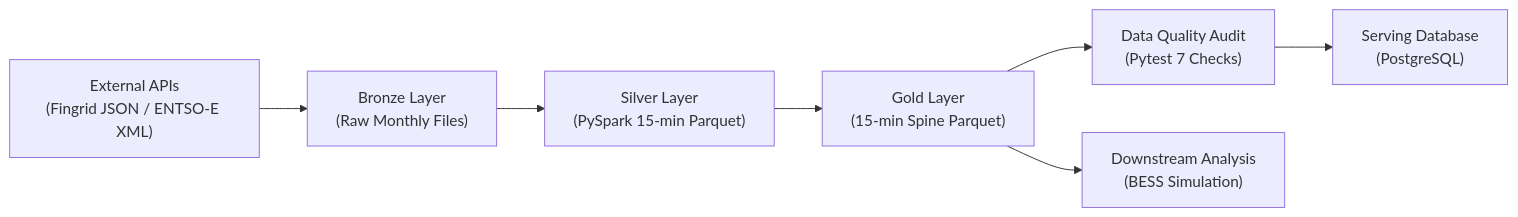
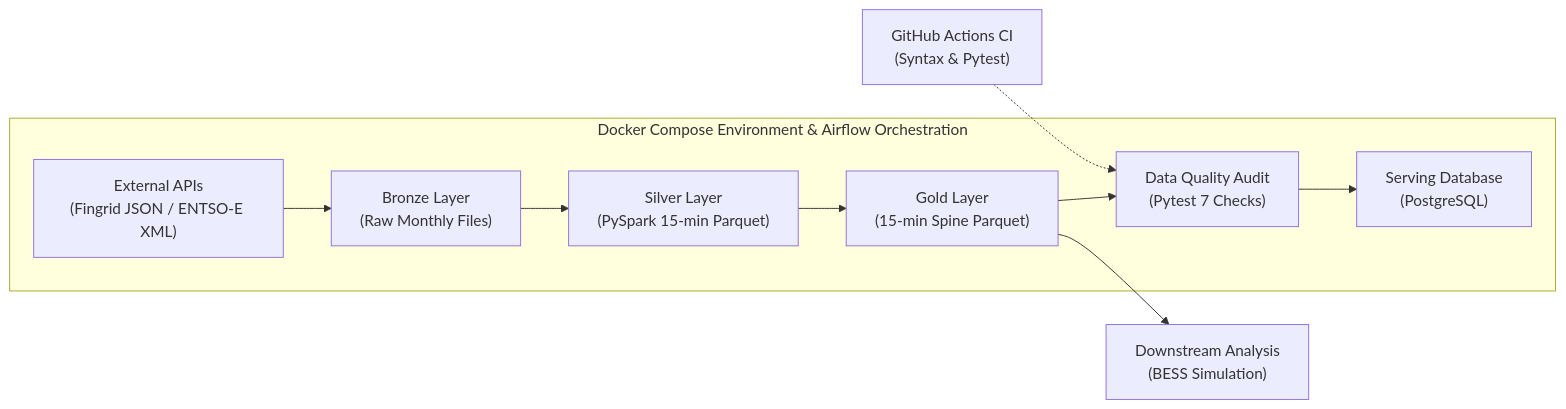
Before and after one commit to dovebitekr/nordic-power-lakehouse: the diagram in README.md, drawn with Mermaid. The commit also changed other lines of this file, not shown here.

Commit message:
add docker and airflow to architecture section in readme

````diff
--- a/README.md
+++ b/README.md
@@ -11,9 +11,12 @@
 ```mermaid
 flowchart LR
-    A["External APIs\n(Fingrid JSON / ENTSO-E XML)"] --> B["Bronze Layer\n(Raw Monthly Files)"]
-    B --> C["Silver Layer\n(PySpark 15-min Parquet)"]
-    C --> D["Gold Layer\n(15-min Spine Parquet)"]
-    D --> E["Data Quality Audit\n(Pytest 7 Checks)"]
-    E --> F["Serving Database\n(PostgreSQL)"]
+    subgraph Runtime ["Docker Compose Environment & Airflow Orchestration"]
+        A["External APIs\n(Fingrid JSON / ENTSO-E XML)"] --> B["Bronze Layer\n(Raw Monthly Files)"]
+        B --> C["Silver Layer\n(PySpark 15-min Parquet)"]
+        C --> D["Gold Layer\n(15-min Spine Parquet)"]
+        D --> E["Data Quality Audit\n(Pytest 7 Checks)"]
+        E --> F["Serving Database\n(PostgreSQL)"]
+    end
     D --> G["Downstream Analysis\n(BESS Simulation)"]
+    H["GitHub Actions CI\n(Syntax & Pytest)"] -.-> E
 ```
````
